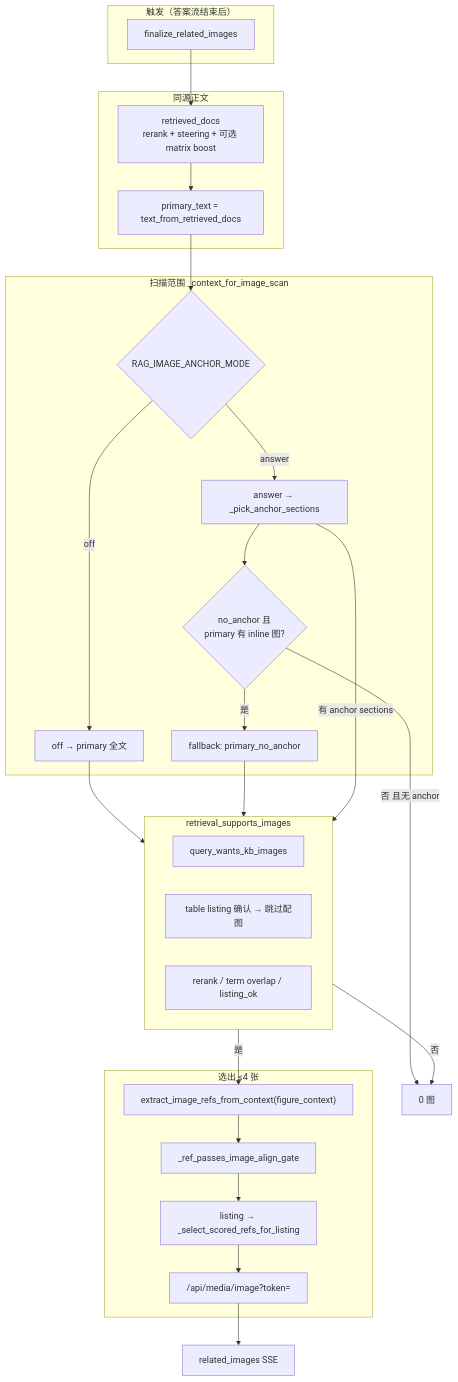
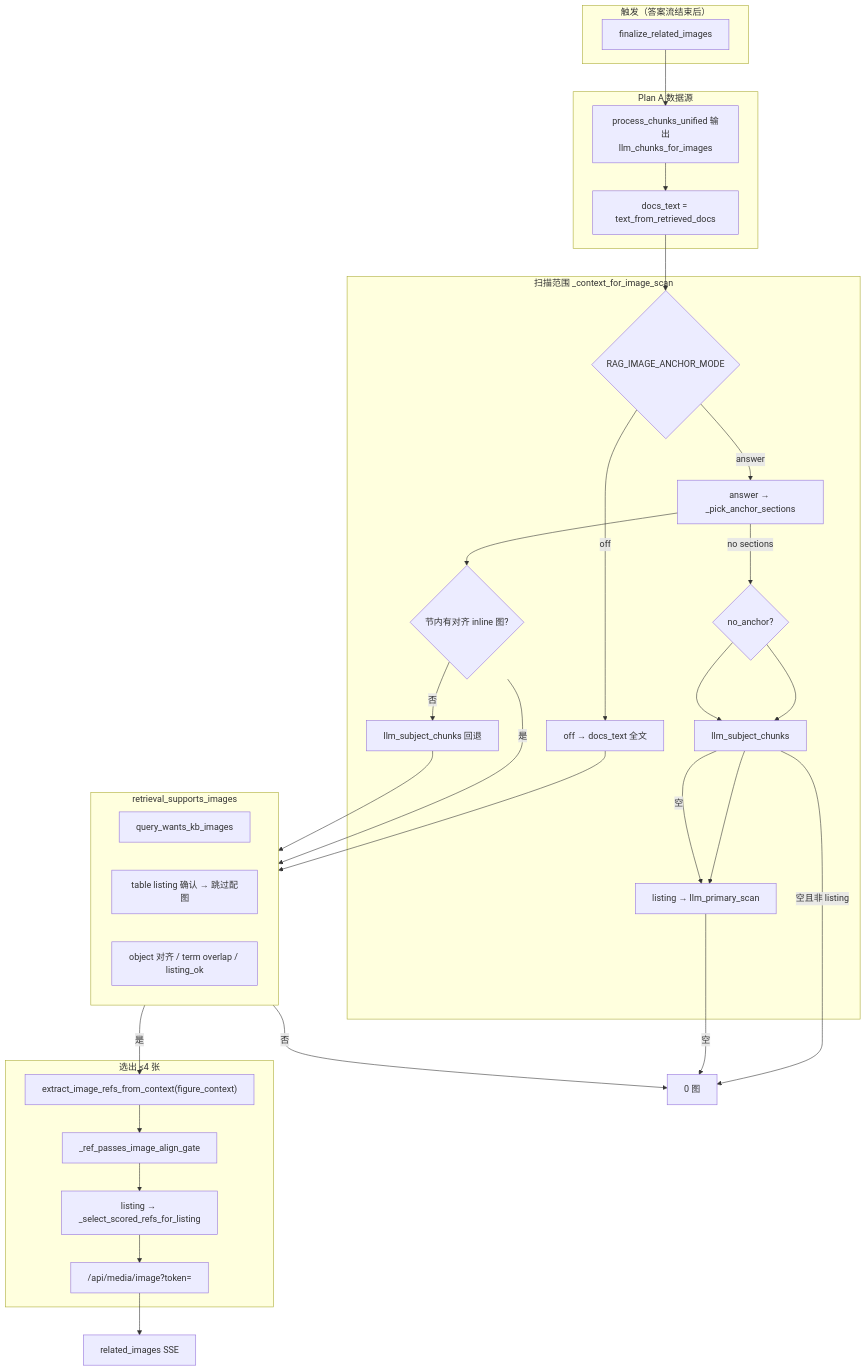
One commit to yiliangbetter/IndustrialRAG changed the sixth of 8 diagrams in docs/问答全流程图.md. Above: the diagram before and after it, drawn with Mermaid. The commit also changed other lines of this file and 6 other files, not shown here.

First line of the commit message:
feat(query): Plan A image source, strict object align, doc sync

````diff
--- a/docs/问答全流程图.md
+++ b/docs/问答全流程图.md
@@ -325,41 +328,48 @@
 ```mermaid
 flowchart TB
     subgraph Trigger["触发（答案流结束后）"]
         FIN["finalize_related_images"]
     end
 
-    subgraph Primary["同源正文"]
-        D0["retrieved_docs<br/>rerank + steering + 可选 matrix boost"]
-        T1["primary_text = text_from_retrieved_docs"]
+    subgraph Source["Plan A 数据源"]
+        D0["process_chunks_unified 输出<br/>llm_chunks_for_images"]
+        T1["docs_text = text_from_retrieved_docs"]
     end
 
     subgraph Scan["扫描范围 _context_for_image_scan"]
         M{"RAG_IMAGE_ANCHOR_MODE"}
-        A1["off → primary 全文"]
+        A1["off → docs_text 全文"]
         A2["answer → _pick_anchor_sections"]
-        A3{"no_anchor 且<br/>primary 有 inline 图?"}
-        A4["fallback: primary_no_anchor"]
+        A2a{"节内有对齐 inline 图?"}
+        A2b["llm_subject_chunks 回退"]
+        A3{"no_anchor?"}
+        A4["llm_subject_chunks"]
+        A5["listing → llm_primary_scan"]
     end
 
     subgraph Gate["retrieval_supports_images"]
         G0["query_wants_kb_images"]
         G1["table listing 确认 → 跳过配图"]
-        G2["rerank / term overlap / listing_ok"]
+        G2["object 对齐 / term overlap / listing_ok"]
     end
 
     subgraph Pick["选出 ≤4 张"]
         C1["extract_image_refs_from_context(figure_context)"]
         C2["_ref_passes_image_align_gate"]
         C3["listing → _select_scored_refs_for_listing"]
         C4["/api/media/image?token="]
     end
 
     FIN --> D0 --> T1 --> M
     M -->|off| A1 --> Gate
-    M -->|answer| A2 --> A3
-    A3 -->|是| A4 --> Gate
-    A3 -->|否 且无 anchor| EMPTY[0 图]
-    A2 -->|有 anchor sections| Gate
+    M -->|answer| A2 --> A2a
+    A2a -->|是| Gate
+    A2a -->|否| A2b --> Gate
+    A2 -->|no sections| A3 --> A4 --> A5
+    A3 --> A4
+    A4 -->|空| A5
+    A4 -->|空且非 listing| EMPTY[0 图]
+    A5 -->|空| EMPTY
     Gate -->|否| EMPTY
     Gate -->|是| C1 --> C2 --> C3 --> C4 --> SSE["related_images SSE"]
 ```
````
